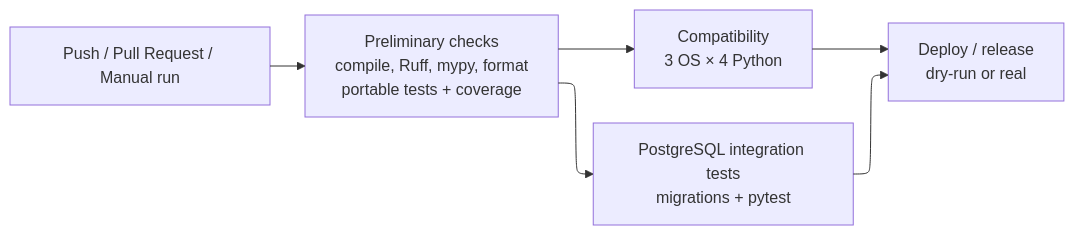
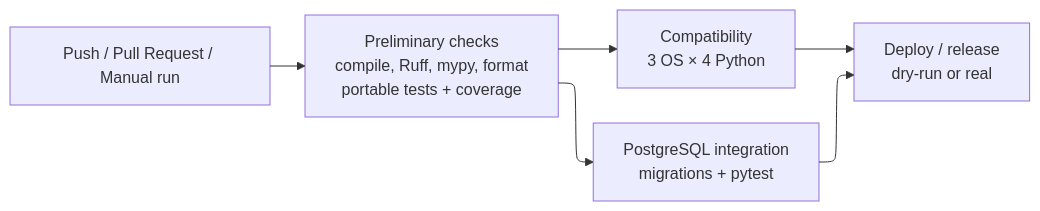
The diagram in sections/08-cicd/index.md (unibo-dtm-se-2526-AZFlow/report), drawn with Mermaid before and after one commit. The commit also changed other lines of this file and 11 other files, not shown here.

````diff
--- a/sections/08-cicd/index.md
+++ b/sections/08-cicd/index.md
@@ -21,12 +17,12 @@
 ```mermaid
 ---
 config:
   theme: default
   layout: elk
 ---
 flowchart LR
     A["Push / Pull Request / Manual run"] --> B["Preliminary checks<br>compile, Ruff, mypy, format<br>portable tests + coverage"]
-    B --> C["Compatibility<br>3 OS × 4 Python"] & D["PostgreSQL integration tests<br>migrations + pytest"]
+    B --> C["Compatibility<br>3 OS × 4 Python"] & D["PostgreSQL integration<br>migrations + pytest"]
     C --> E["Deploy / release<br>dry-run or real"]
     D --> E
 ```
````
